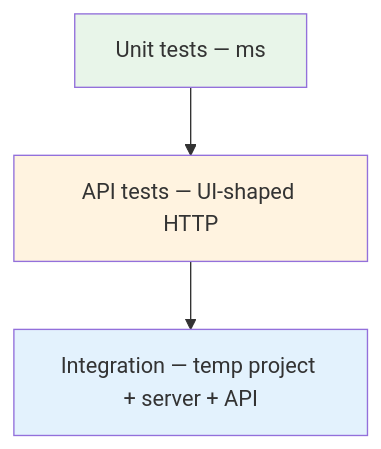
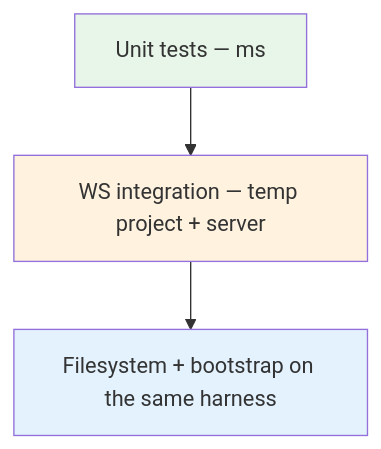
Before and after one commit to earthdmitriy/langflower: the first of 2 diagrams in docs/TESTING.md, drawn with Mermaid. The commit also changed other lines of this file and 738 other files, not shown here.

````diff
--- a/docs/TESTING.md
+++ b/docs/TESTING.md
@@ -41,13 +41,13 @@
 ```mermaid
 flowchart TB
 	Unit[Unit tests — ms]
-	API[API tests — UI-shaped HTTP]
-	Int[Integration — temp project + server + API]
+	WS[WS integration — temp project + server]
+	Int[Filesystem + bootstrap on the same harness]
 
-	Unit --> API
-	API --> Int
+	Unit --> WS
+	WS --> Int
 
 	style Unit fill:#e8f5e9
-	style API fill:#fff3e0
+	style WS fill:#fff3e0
 	style Int fill:#e3f2fd
 ```
````
